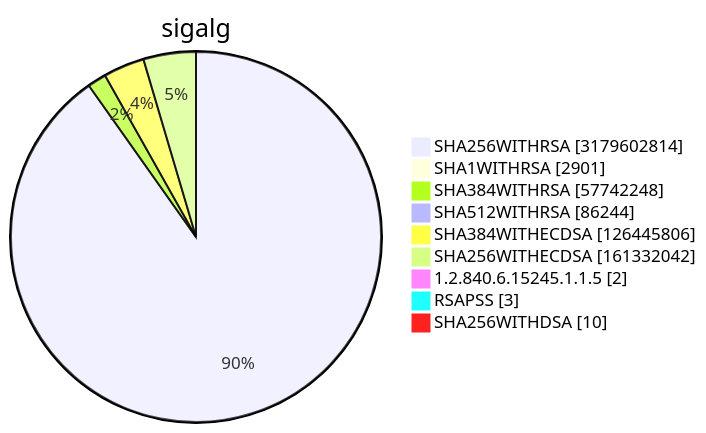
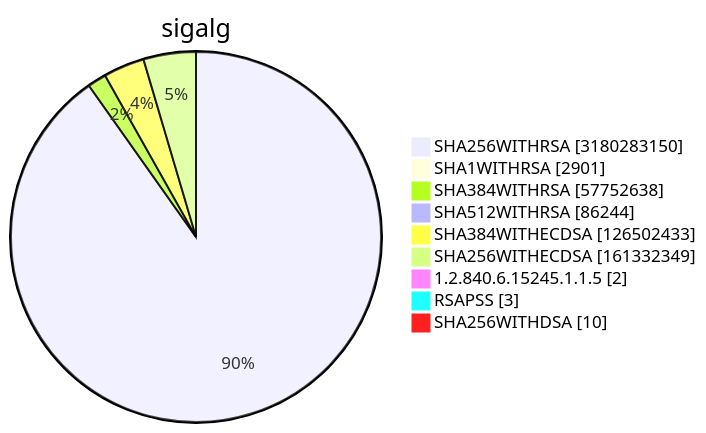
Diagram 15 of 15 in TOTAL/README.md (christiankrug/ctmonitor_visualization), drawn with Mermaid before and after one commit. The commit also changed other lines of this file, not shown here.

````diff
--- a/TOTAL/README.md
+++ b/TOTAL/README.md
@@ -6215,13 +6216,13 @@
 ```mermaid
 pie showData
 title sigalg
-"SHA256WITHRSA" :3179602814
+"SHA256WITHRSA" :3180283150
 "SHA1WITHRSA" :2901
-"SHA384WITHRSA" :57742248
+"SHA384WITHRSA" :57752638
 "SHA512WITHRSA" :86244
-"SHA384WITHECDSA" :126445806
-"SHA256WITHECDSA" :161332042
+"SHA384WITHECDSA" :126502433
+"SHA256WITHECDSA" :161332349
 "1.2.840.6.15245.1.1.5" :2
 "RSAPSS" :3
 "SHA256WITHDSA" :10
 ```
````
